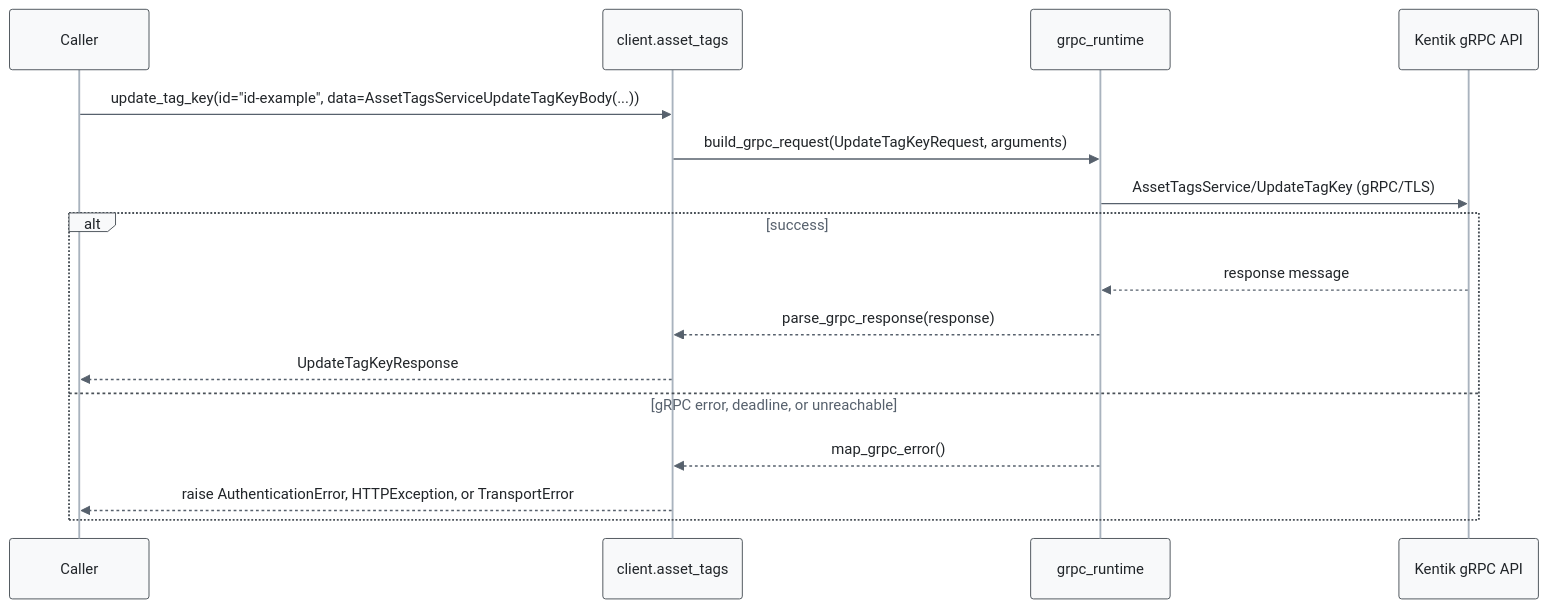
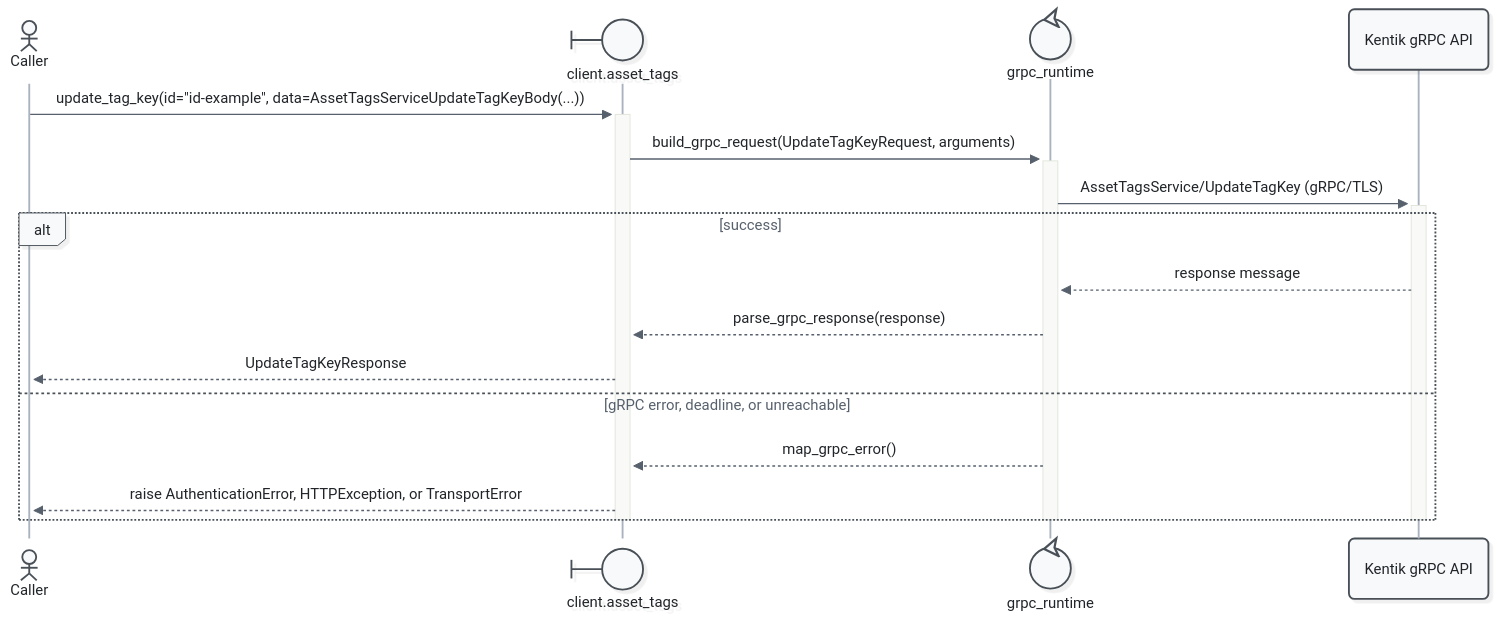
One commit to alexdearaujo/community_sdk_python changed the tenth of 19 diagrams in docs/sphinx/services/asset_tags.md. Above: the diagram before and after it, drawn with Mermaid. The commit also changed other lines of this file and 52 other files, not shown here.

First line of the commit message:
docs: Mermaid 12 sequence diagrams with participant types and path colors

````diff
--- a/docs/sphinx/services/asset_tags.md
+++ b/docs/sphinx/services/asset_tags.md
@@ -362,20 +384,23 @@
 ```mermaid
-%%{init: {"theme": "base", "fontFamily": "ui-monospace, SFMono-Regular, Menlo, monospace", "themeVariables": {"fontFamily": "ui-monospace, SFMono-Regular, Menlo, monospace", "primaryColor": "#f8f9fa", "primaryBorderColor": "#495057", "primaryTextColor": "#212529", "textColor": "#212529", "lineColor": "#77818c", "edgeLabelBackground": "#ffffff", "actorBkg": "#f8f9fa", "actorBorder": "#495057", "actorTextColor": "#212529", "actorLineColor": "#a9b3be", "signalColor": "#57616d", "signalTextColor": "#212529", "labelBoxBkgColor": "#f8f9fa", "labelBoxBorderColor": "#495057", "labelTextColor": "#212529", "loopTextColor": "#57616d", "noteBkgColor": "#fff9db", "noteBorderColor": "#f08c00", "noteTextColor": "#a35a00"}, "flowchart": {"curve": "step", "nodeSpacing": 30, "rankSpacing": 70, "wrappingWidth": 400}}}%%
+%%{init: {"theme": "redux", "look": "neo", "layout": "dagre", "fontFamily": "ui-monospace, SFMono-Regular, Menlo, monospace", "themeVariables": {"fontFamily": "ui-monospace, SFMono-Regular, Menlo, monospace", "primaryColor": "#f8f9fa", "primaryBorderColor": "#495057", "primaryTextColor": "#212529", "textColor": "#212529", "lineColor": "#77818c", "edgeLabelBackground": "#ffffff", "actorBkg": "#f8f9fa", "actorBorder": "#495057", "actorTextColor": "#212529", "actorLineColor": "#a9b3be", "signalColor": "#57616d", "signalTextColor": "#212529", "labelBoxBkgColor": "#f8f9fa", "labelBoxBorderColor": "#495057", "labelTextColor": "#212529", "loopTextColor": "#57616d", "noteBkgColor": "#fff9db", "noteBorderColor": "#f08c00", "noteTextColor": "#a35a00"}, "sequence": {"activationWidth": 16}, "flowchart": {"curve": "step", "nodeSpacing": 30, "rankSpacing": 70, "wrappingWidth": 400}}}%%
 sequenceDiagram
-    participant C as Caller
-    participant W as client.asset_tags
-    participant R as grpc_runtime
+    actor C as Caller
+    participant W@{ "type": "boundary" } as client.asset_tags
+    participant R@{ "type": "control" } as grpc_runtime
     participant API as Kentik gRPC API
 
-    C->>W: update_tag_key(id="id-example", data=AssetTagsServiceUpdateTagKeyBody(...))
-    W->>R: build_grpc_request(UpdateTagKeyRequest, arguments)
-    R->>API: AssetTagsService/UpdateTagKey (gRPC/TLS)
+    C->>+W: update_tag_key(id="id-example", data=AssetTagsServiceUpdateTagKeyBody(...))
+    W->>+R: build_grpc_request(UpdateTagKeyRequest, arguments)
+    R->>+API: AssetTagsService/UpdateTagKey (gRPC/TLS)
     alt success
         API-->>R: response message
         R-->>W: parse_grpc_response(response)
         W-->>C: UpdateTagKeyResponse
     else gRPC error, deadline, or unreachable
         R-->>W: map_grpc_error()
         W-->>C: raise AuthenticationError, HTTPException, or TransportError
     end
+    deactivate API
+    deactivate R
+    deactivate W
 ```
````
